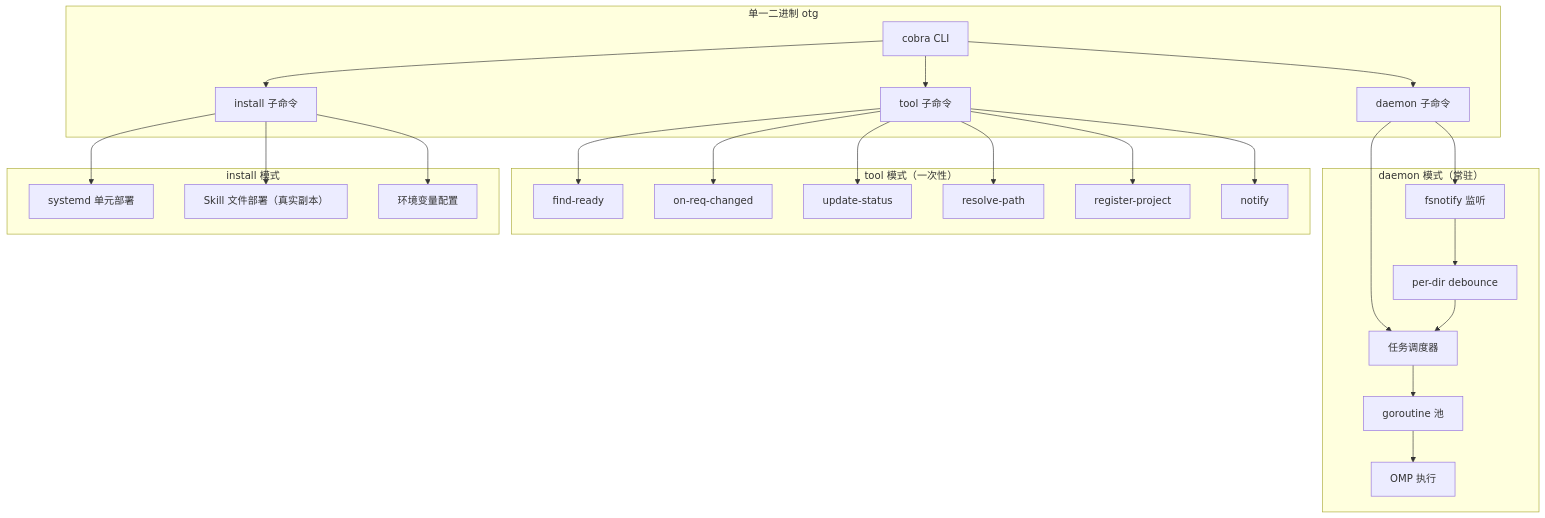
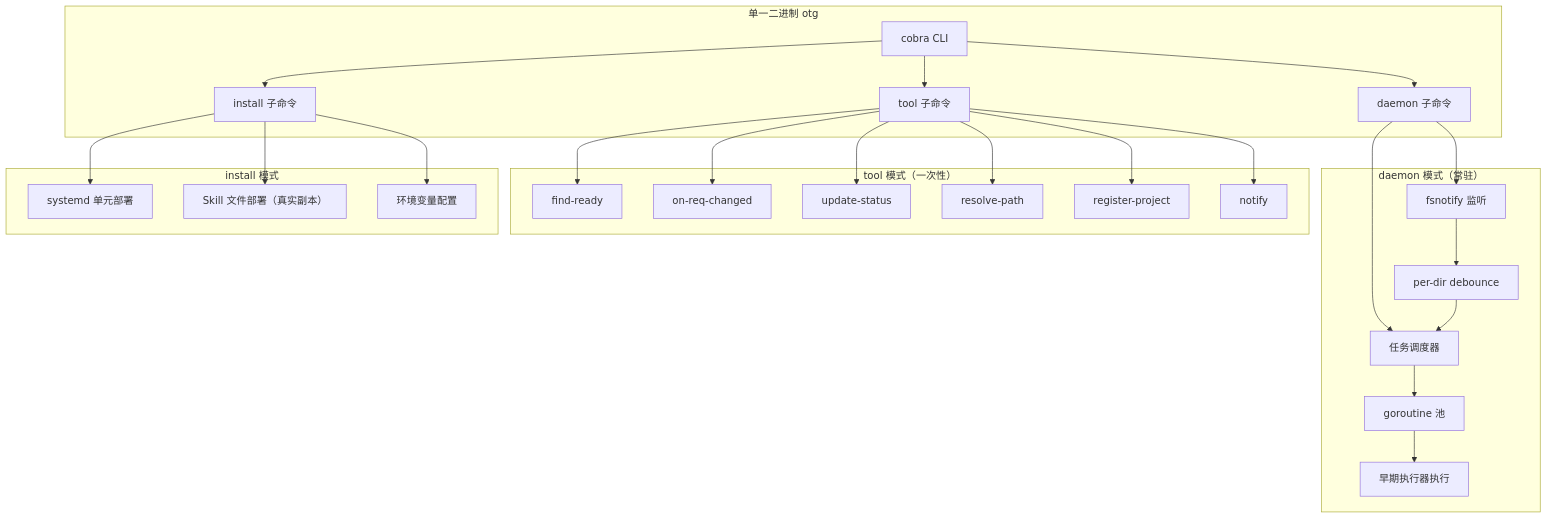
The diagram in docs/go-rewrite-plan.md (ndzuki/obsidian-task-runner), drawn with Mermaid before and after one commit. The commit also changed other lines of this file and 38 other files, not shown here.

````diff
--- a/docs/go-rewrite-plan.md
+++ b/docs/go-rewrite-plan.md
@@ -14,33 +14,33 @@
 ```mermaid
 flowchart TD
     subgraph "单一二进制 otg"
         CLI[cobra CLI]
         CLI --> Daemon[daemon 子命令]
         CLI --> Tool[tool 子命令]
         CLI --> Install[install 子命令]
     end
 
     subgraph "daemon 模式（常驻）"
         Daemon --> Watcher[fsnotify 监听]
         Daemon --> Scheduler[任务调度器]
         Scheduler --> Pool[goroutine 池]
-        Pool --> Exec[OMP 执行]
+        Pool --> Exec[早期执行器执行]
         Watcher --> Debounce[per-dir debounce]
         Debounce --> Scheduler
     end
 
     subgraph "tool 模式（一次性）"
         Tool --> FindReady[find-ready]
         Tool --> ReqChanged[on-req-changed]
         Tool --> UpdateStatus[update-status]
         Tool --> ResolvePath[resolve-path]
         Tool --> RegisterProject[register-project]
         Tool --> Notify[notify]
     end
 
     subgraph "install 模式"
         Install --> Systemd[systemd 单元部署]
         Install --> SkillDeploy[Skill 文件部署（真实副本）]
         Install --> Env[环境变量配置]
     end
 ```
````
